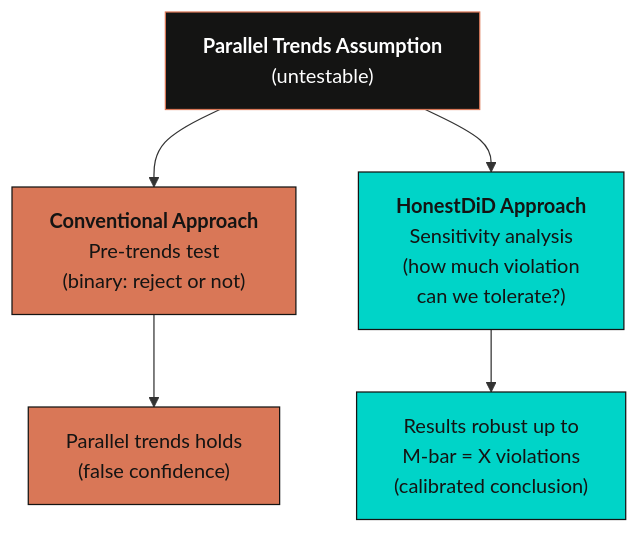
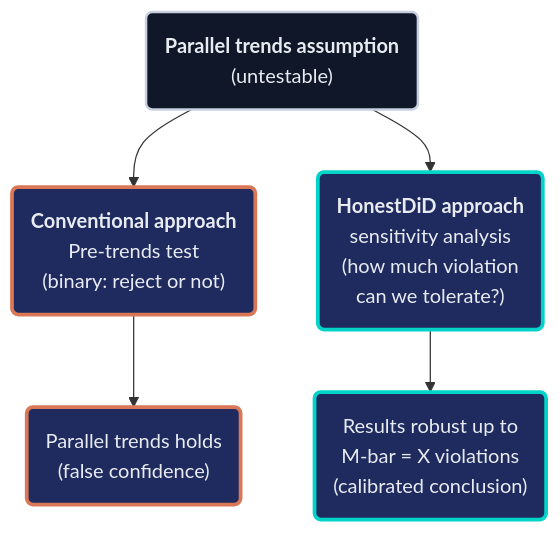
Before and after one commit to cmg777/starter-academic-v501: the fourth of 4 diagrams in content/post/stata_honestdid/index.md, drawn with Mermaid. The commit also changed other lines of this file and 13 other files, not shown here.

First line of the commit message:
content(mermaid): restyle flowcharts in Stata posts, batch 1 of 2

````diff
--- a/content/post/stata_honestdid/index.md
+++ b/content/post/stata_honestdid/index.md
@@ -695,19 +700,19 @@
 ```mermaid
 graph TD
-    PT["<b>Parallel Trends Assumption</b><br/>(untestable)"]
-    CONV["<b>Conventional Approach</b><br/>Pre-trends test<br/>(binary: reject or not)"]
-    HONEST["<b>HonestDiD Approach</b><br/>Sensitivity analysis<br/>(how much violation<br/>can we tolerate?)"]
-    RESULT_C["Parallel trends holds<br/>(false confidence)"]
-    RESULT_H["Results robust up to<br/>M-bar = X violations<br/>(calibrated conclusion)"]
+    PT("<b>Parallel trends assumption</b><br/>(untestable)")
+    CONV("<b>Conventional approach</b><br/>Pre-trends test<br/>(binary: reject or not)")
+    HONEST("<b>HonestDiD approach</b><br/>sensitivity analysis<br/>(how much violation<br/>can we tolerate?)")
+    RESULT_C("Parallel trends holds<br/>(false confidence)")
+    RESULT_H("Results robust up to<br/>M-bar = X violations<br/>(calibrated conclusion)")
 
     PT --> CONV
     PT --> HONEST
     CONV --> RESULT_C
     HONEST --> RESULT_H
-
-    style PT fill:#141413,stroke:#d97757,color:#fff
-    style CONV fill:#d97757,stroke:#141413,color:#141413
-    style HONEST fill:#00d4c8,stroke:#141413,color:#141413
-    style RESULT_C fill:#d97757,stroke:#141413,color:#141413
-    style RESULT_H fill:#00d4c8,stroke:#141413,color:#141413
+    classDef anchor fill:#0f1729,stroke:#c8d0e0,stroke-width:2px,color:#e8ecf2
+    classDef orange fill:#1f2b5e,stroke:#d97757,stroke-width:3px,color:#e8ecf2
+    classDef teal fill:#1f2b5e,stroke:#00d4c8,stroke-width:3px,color:#e8ecf2
+    class PT anchor
+    class CONV,RESULT_C orange
+    class HONEST,RESULT_H teal
 ```
````
